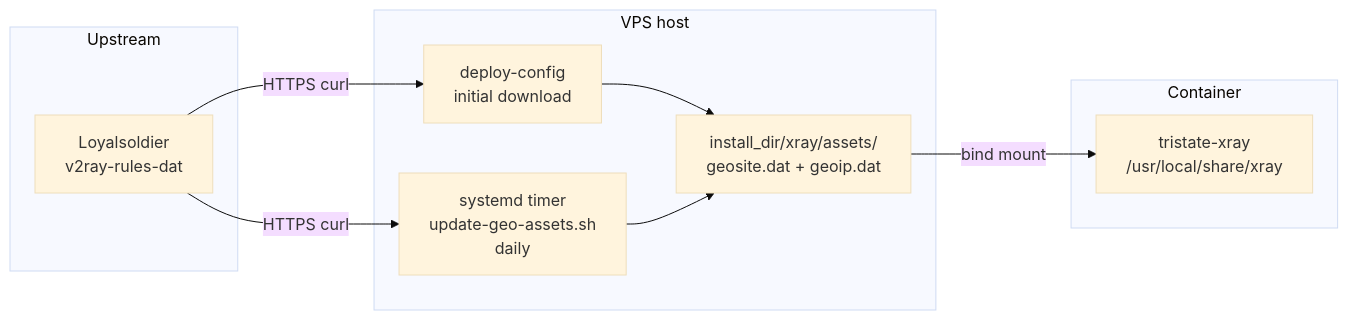
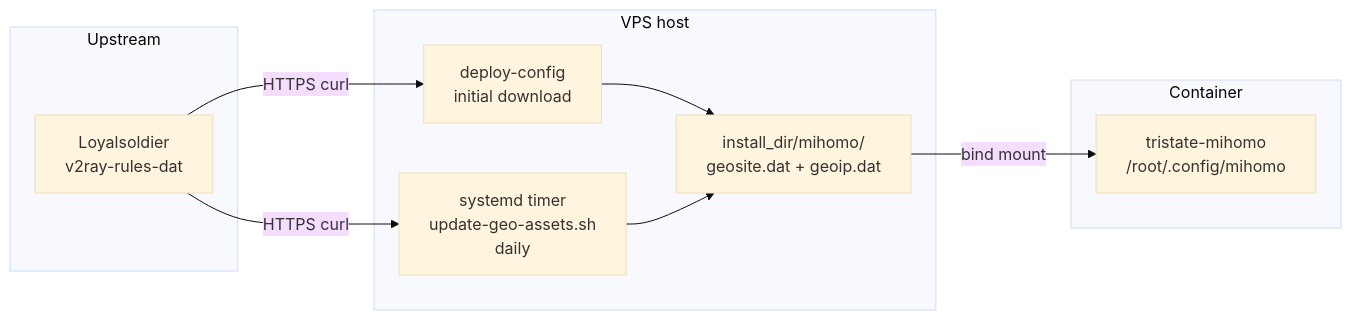
One commit to monkeycatdog/vpn-provision changed the second of 9 diagrams in README.md. Above: the diagram before and after it, drawn with Mermaid (base theme). The commit also changed other lines of this file and 27 other files, not shown here.

First line of the commit message:
feat: migrate from xray to mihomo

````diff
--- a/README.md
+++ b/README.md
@@ -179,19 +187,19 @@
 ```mermaid
 flowchart LR
   subgraph upstream["Upstream"]
-    LS["Loyalsoldier\nv2ray-rules-dat"]
+    LS["Loyalsoldier<br/>v2ray-rules-dat"]
   end
   subgraph vps["VPS host"]
-    A["install_dir/xray/assets/\ngeosite.dat + geoip.dat"]
-    J["systemd timer\nupdate-geo-assets.sh\ndaily"]
-    D["deploy-config\ninitial download"]
+    A["install_dir/mihomo/<br/>geosite.dat + geoip.dat"]
+    J["systemd timer<br/>update-geo-assets.sh<br/>daily"]
+    D["deploy-config<br/>initial download"]
   end
   subgraph container["Container"]
-    X["tristate-xray\n/usr/local/share/xray"]
+    X["tristate-mihomo<br/>/root/.config/mihomo"]
   end
   LS -->|"HTTPS curl"| D
   LS -->|"HTTPS curl"| J
   D --> A
   J --> A
   A -->|"bind mount"| X
 ```
````
